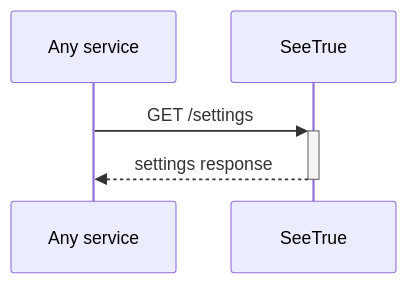
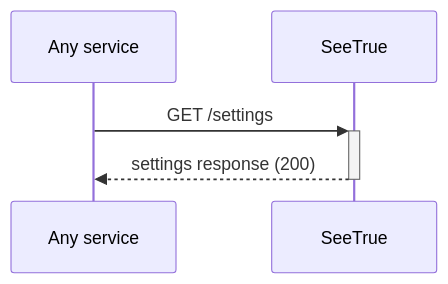
One commit to TheOnlyBeardedBeast/SeeTrue changed the second of 10 diagrams in SeeTrue.API/docs/readme.template.md. Above: the diagram before and after it, drawn with Mermaid. The commit also changed other lines of this file and 11 other files, not shown here.

````diff
--- a/SeeTrue.API/docs/readme.template.md
+++ b/SeeTrue.API/docs/readme.template.md
@@ -35,5 +35,5 @@
 ```mermaid
 sequenceDiagram
     Any service->>+SeeTrue: GET /settings
-    SeeTrue-->>-Any service: settings response
+    SeeTrue-->>-Any service: settings response (200)
 ```
````
